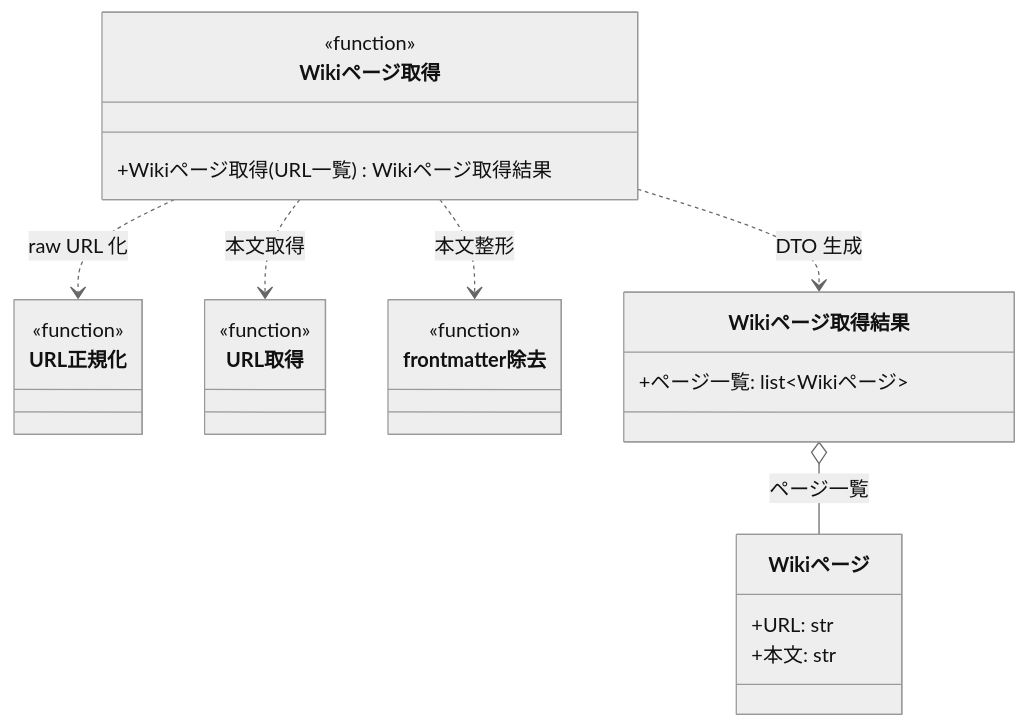
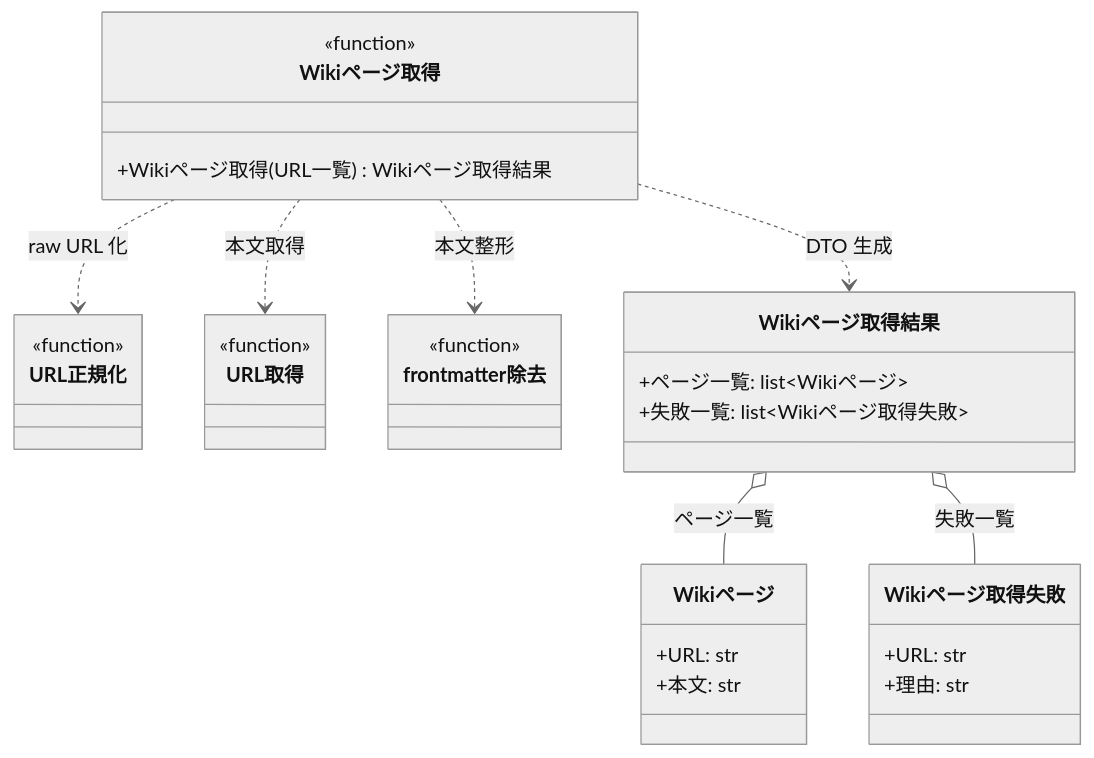
The diagram in docs/wiki/設計図/モジュール構成/MCP/Wiki参照.py.md (shuhei1101/ai-monitor), drawn with Mermaid (neutral theme) before and after one commit. The commit also changed other lines of this file and 5 other files, not shown here.

````diff
--- a/docs/wiki/設計図/モジュール構成/MCP/Wiki参照.py.md
+++ b/docs/wiki/設計図/モジュール構成/MCP/Wiki参照.py.md
@@ -35,36 +34,43 @@
 ```mermaid
 classDiagram
   Wikiページ取得 ..> URL正規化 : raw URL 化
   Wikiページ取得 ..> URL取得 : 本文取得
   Wikiページ取得 ..> frontmatter除去 : 本文整形
   Wikiページ取得 ..> Wikiページ取得結果 : DTO 生成
   Wikiページ取得結果 o-- Wikiページ : ページ一覧
+  Wikiページ取得結果 o-- Wikiページ取得失敗 : 失敗一覧
 
   class Wikiページ取得 {
     <<function>>
     +Wikiページ取得(URL一覧) Wikiページ取得結果
   }
   class URL正規化 {
     <<function>>
   }
   class frontmatter除去 {
     <<function>>
   }
   class URL取得 {
     <<function>>
   }
   class Wikiページ取得結果 {
     +ページ一覧: list~Wikiページ~
+    +失敗一覧: list~Wikiページ取得失敗~
   }
   class Wikiページ {
     +URL: str
     +本文: str
+  }
+  class Wikiページ取得失敗 {
+    +URL: str
+    +理由: str
   }
 
   click Wikiページ取得 href "#wikiページ取得"
   click URL正規化 href "../注入/URLドキュメント.py.md#url-正規化"
   click frontmatter除去 href "../注入/URLドキュメント.py.md#front-matter-除去"
   click URL取得 href "../注入/URLドキュメント.py.md#url-取得"
   click Wikiページ取得結果 href "#wikiページ取得結果"
   click Wikiページ href "#wikiページ"
+  click Wikiページ取得失敗 href "#wikiページ取得失敗"
 ```
````
